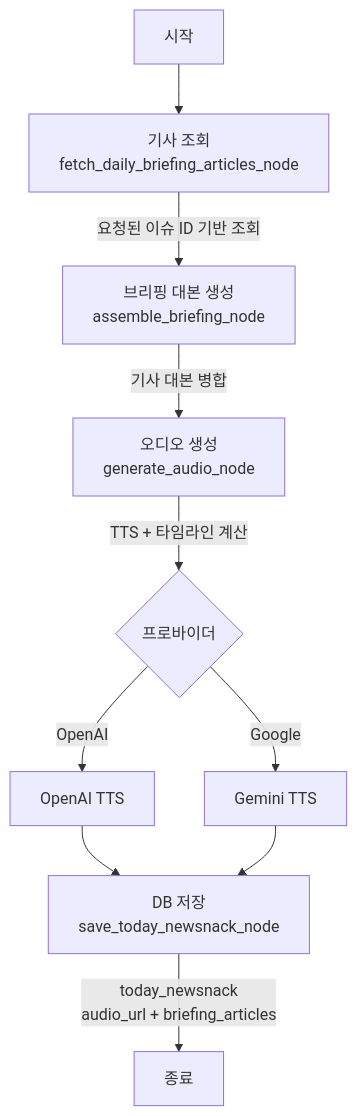
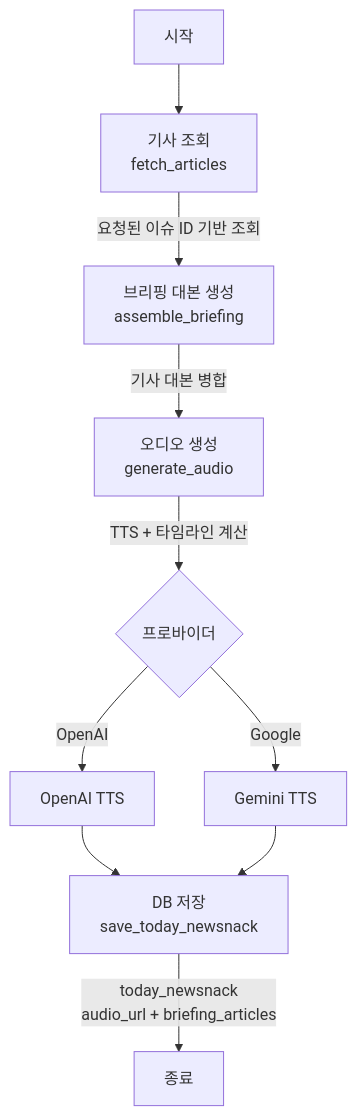
Before and after one commit to team-leekim/newsnack-ai: the third of 3 diagrams in README.md, drawn with Mermaid. The commit also changed other lines of this file, not shown here.

Commit message:
docs: README 내 시스템 아키텍처 다이어그램 및 노드 설명 갱신

````diff
--- a/README.md
+++ b/README.md
@@ -112,15 +112,15 @@
 ```mermaid
 graph TD
-    Start[시작] --> Select[기사 조회<br/>fetch_daily_briefing_articles_node]
-    Select --> |요청된 이슈 ID 기반 조회| Assemble[브리핑 대본 생성<br/>assemble_briefing_node]
-    Assemble --> |기사 대본 병합| Audio[오디오 생성<br/>generate_audio_node]
+    Start[시작] --> Select[기사 조회<br/>fetch_articles]
+    Select --> |요청된 이슈 ID 기반 조회| Assemble[브리핑 대본 생성<br/>assemble_briefing]
+    Assemble --> |기사 대본 병합| Audio[오디오 생성<br/>generate_audio]
     Audio --> |TTS + 타임라인 계산| AudioStrategy{프로바이더}
     
     AudioStrategy --> |OpenAI| OpenAITTS[OpenAI TTS]
     AudioStrategy --> |Google| GoogleTTS[Gemini TTS]
     
-    OpenAITTS --> Save[DB 저장<br/>save_today_newsnack_node]
+    OpenAITTS --> Save[DB 저장<br/>save_today_newsnack]
     GoogleTTS --> Save
     
     Save --> |today_newsnack<br/>audio_url + briefing_articles| End[종료]
 ```
````
